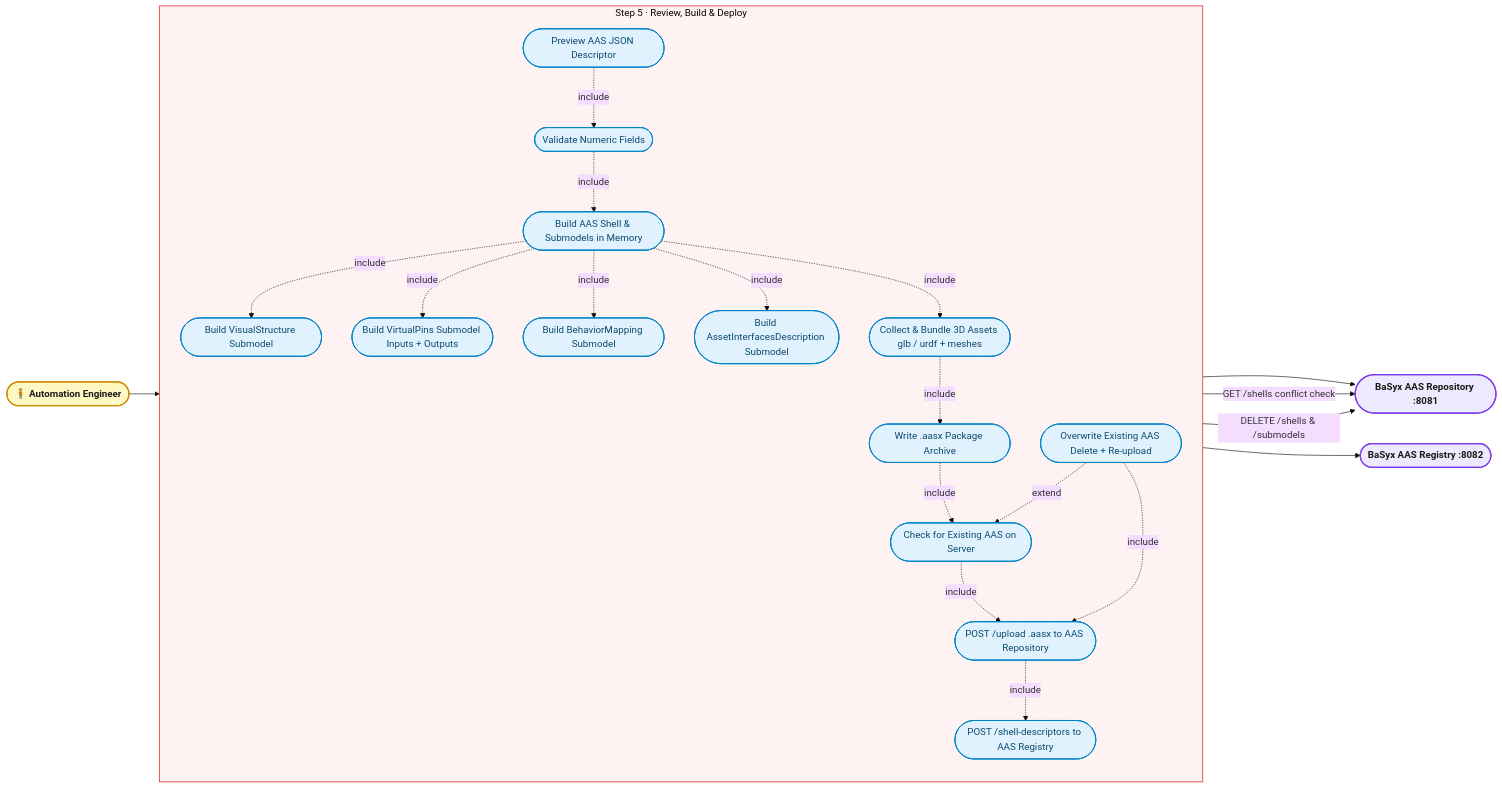
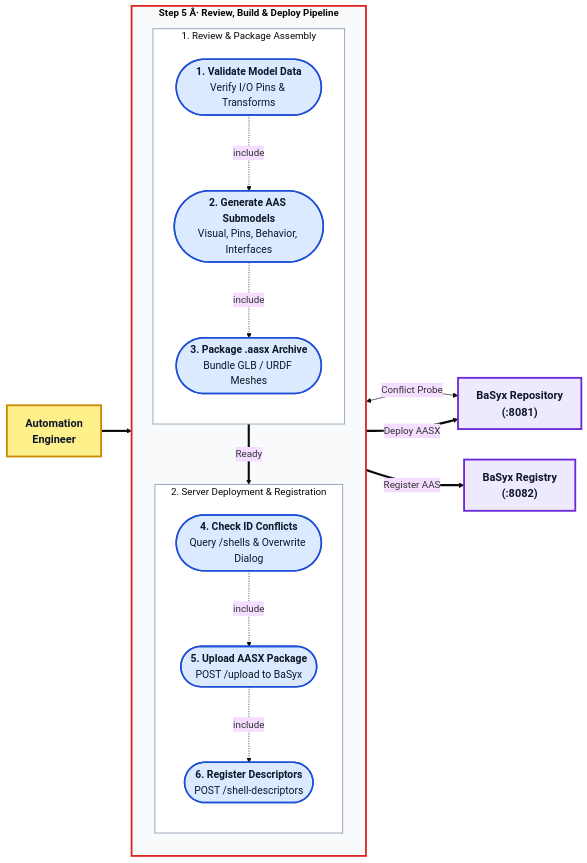
The diagram in Documentos/Mermaid_Diagrams/usecase_step5.mmd (TSGouveia/Tese), drawn with Mermaid (base theme) before and after one commit. The commit also changed other lines of this file and 181 other files, not shown here.

```diff
--- a/Documentos/Mermaid_Diagrams/usecase_step5.mmd
+++ b/Documentos/Mermaid_Diagrams/usecase_step5.mmd
@@ -1,46 +1,43 @@
 flowchart LR
-    Eng(["🧍 Automation Engineer"]):::actor
-    BaSyxRepo(["BaSyx AAS Repository :8081"]):::sysactor
-    BaSyxReg(["BaSyx AAS Registry :8082"]):::sysactor
+%% =========================================================================
+%% USE CASE: STEP 5 â€” HIGH LEGIBILITY COMPACT EDITION
+%% =========================================================================
 
-    subgraph S5["Step 5 · Review, Build & Deploy"]
+    Eng["<b>Automation<br/>Engineer</b>"]:::actor
+    Repo["<b>BaSyx Repository<br/>(:8081)</b>"]:::sys
+    Reg["<b>BaSyx Registry<br/>(:8082)</b>"]:::sys
+
+    subgraph S5["<b>Step 5 Â· Review, Build & Deploy Pipeline</b>"]
         direction TB
-        UC5A(["Preview AAS JSON Descriptor"]):::uc
-        UC5B(["Validate Numeric Fields"]):::uc
-        UC5C(["Build AAS Shell & Submodels in Memory"]):::uc
-        UC5D(["Build VisualStructure Submodel"]):::uc
-        UC5E(["Build VirtualPins Submodel Inputs + Outputs"]):::uc
-        UC5F(["Build BehaviorMapping Submodel"]):::uc
-        UC5G(["Build AssetInterfacesDescription Submodel"]):::uc
-        UC5H(["Collect & Bundle 3D Assets glb / urdf + meshes"]):::uc
-        UC5I(["Write .aasx Package Archive"]):::uc
-        UC5J(["Check for Existing AAS on Server"]):::uc
-        UC5K(["Overwrite Existing AAS Delete + Re-upload"]):::uc
-        UC5L(["POST /upload .aasx to AAS Repository"]):::uc
-        UC5M(["POST /shell-descriptors to AAS Registry"]):::uc
 
-        UC5A -.->|"include"| UC5B
-        UC5B -.->|"include"| UC5C
-        UC5C -.->|"include"| UC5D
-        UC5C -.->|"include"| UC5E
-        UC5C -.->|"include"| UC5F
-        UC5C -.->|"include"| UC5G
-        UC5C -.->|"include"| UC5H
-        UC5H -.->|"include"| UC5I
-        UC5I -.->|"include"| UC5J
-        UC5K -.->|"extend"| UC5J
-        UC5K -.->|"include"| UC5L
-        UC5J -.->|"include"| UC5L
-        UC5L -.->|"include"| UC5M
+        subgraph S5_BUILD["1. Review & Package Assembly"]
+            direction TB
+            UC1(["<b>1. Validate Model Data</b><br/>Verify I/O Pins & Transforms"]):::uc
+            UC2(["<b>2. Generate AAS Submodels</b><br/>Visual, Pins, Behavior, Interfaces"]):::uc
+            UC3(["<b>3. Package .aasx Archive</b><br/>Bundle GLB / URDF Meshes"]):::uc
+            UC1 -.->|"include"| UC2 -.->|"include"| UC3
+        end
+
+        subgraph S5_DEPLOY["2. Server Deployment & Registration"]
+            direction TB
+            UC4(["<b>4. Check ID Conflicts</b><br/>Query /shells & Overwrite Dialog"]):::uc
+            UC5(["<b>5. Upload AASX Package</b><br/>POST /upload to BaSyx"]):::uc
+            UC6(["<b>6. Register Descriptors</b><br/>POST /shell-descriptors"]):::uc
+            UC3 ==>|"Ready"| UC4
+            UC4 -.->|"include"| UC5 -.->|"include"| UC6
+        end
     end
 
-    Eng --> UC5A
-    UC5L --> BaSyxRepo
-    UC5M --> BaSyxReg
-    UC5J -->|"GET /shells conflict check"| BaSyxRepo
-    UC5K -->|"DELETE /shells & /submodels"| BaSyxRepo
+    Eng ==> UC1
+    UC4 <-->|"Conflict Probe"| Repo
+    UC5 ==>|"Deploy AASX"| Repo
+    UC6 ==>|"Register AAS"| Reg
 
-    classDef actor    fill:#fef9c3,stroke:#ca8a04,stroke-width:2px,color:#1c1917,font-weight:bold
-    classDef sysactor fill:#ede9fe,stroke:#7c3aed,stroke-width:2px,color:#1c1917,font-weight:bold
-    classDef uc       fill:#e0f2fe,stroke:#0284c7,stroke-width:1.5px,color:#0c4a6e
-    style S5 fill:#fef2f2,stroke:#ef4444,stroke-width:1.5px
+    %% Styling with massive font and bold borders
+    classDef actor fill:#fef08a,stroke:#ca8a04,stroke-width:3px,color:#0f172a,font-size:18px
+    classDef sys   fill:#ede9fe,stroke:#6d28d9,stroke-width:3px,color:#0f172a,font-size:18px
+    classDef uc    fill:#dbeafe,stroke:#1d4ed8,stroke-width:2.5px,color:#0f172a,font-size:17px
+
+    style S5 fill:#f8fafc,stroke:#dc2626,stroke-width:3px
+    style S5_BUILD fill:#ffffff,stroke:#94a3b8,stroke-width:1.5px
+    style S5_DEPLOY fill:#ffffff,stroke:#94a3b8,stroke-width:1.5px
```
